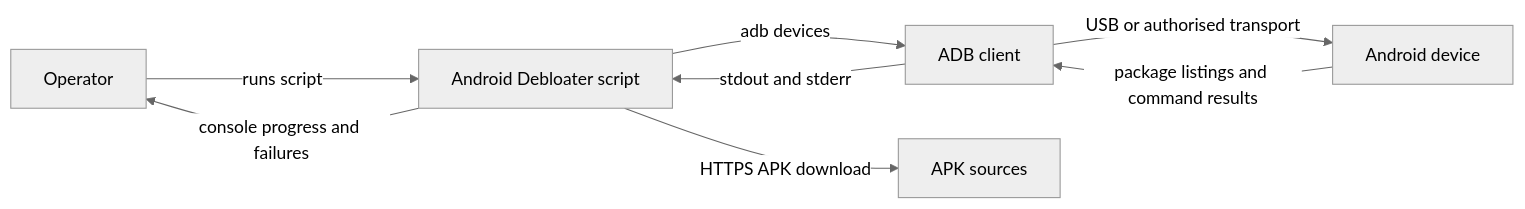
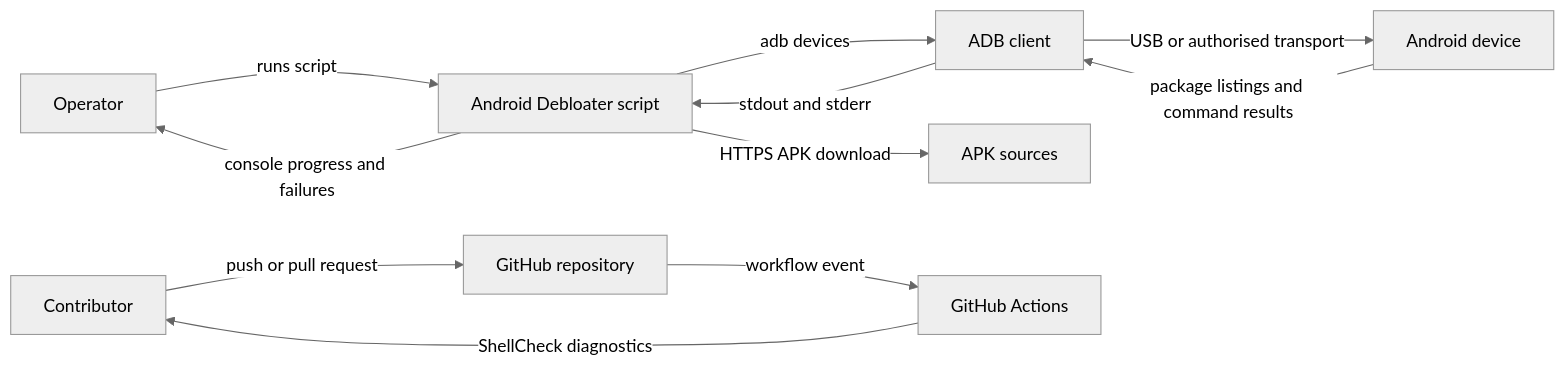
Before and after one commit to hmlendea/android-debloater: the first of 8 diagrams in ARCHITECTURE.md, drawn with Mermaid (neutral theme). The commit also changed other lines of this file and 2 other files, not shown here.

Commit message:
gh-actions: Integrated with GitHub Actions

````diff
--- a/ARCHITECTURE.md
+++ b/ARCHITECTURE.md
@@ -41,10 +42,13 @@
 ```mermaid
 flowchart LR
     Operator[Operator] -->|runs script| Script[Android Debloater script]
     Script -->|adb devices| ADB[ADB client]
     ADB -->|USB or authorised transport| Device[Android device]
     Script -->|HTTPS APK download| ApkSources[APK sources]
     Device -->|package listings and command results| ADB
     ADB -->|stdout and stderr| Script
     Script -->|console progress and failures| Operator
+    Contributor[Contributor] -->|push or pull request| GitHub[GitHub repository]
+    GitHub -->|workflow event| Actions[GitHub Actions]
+    Actions -->|ShellCheck diagnostics| Contributor
 ```
````
